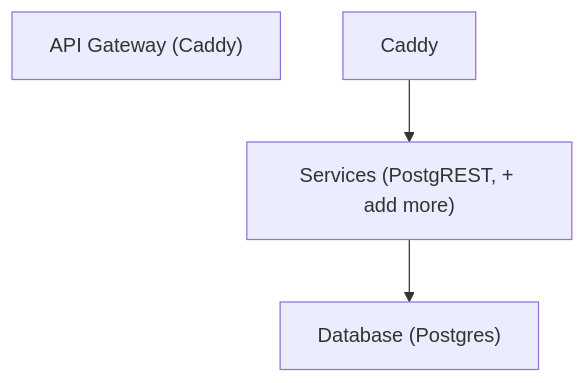
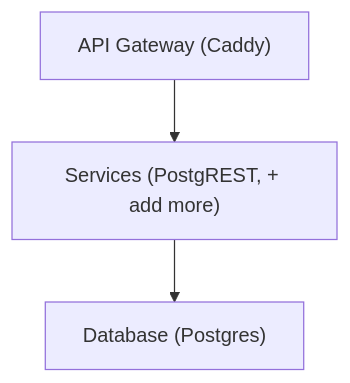
Before and after one commit to explodinglabs/superstack.docs: the diagram in docs/index.md, drawn with Mermaid.

Commit message:
Fix architecture diagram

````diff
--- a/docs/index.md
+++ b/docs/index.md
@@ -49,6 +49,6 @@
 ```mermaid
 flowchart TD
     APIGateway["API Gateway (Caddy)"]
-    Caddy --> Services["Services (PostgREST, + add more)"]
+    APIGateway --> Services["Services (PostgREST, + add more)"]
     Services --> Database["Database (Postgres)"]
 ```
````
